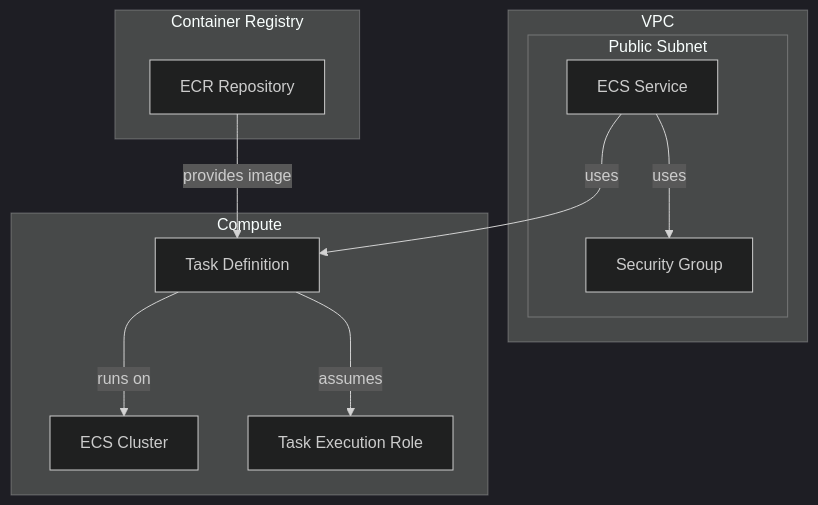
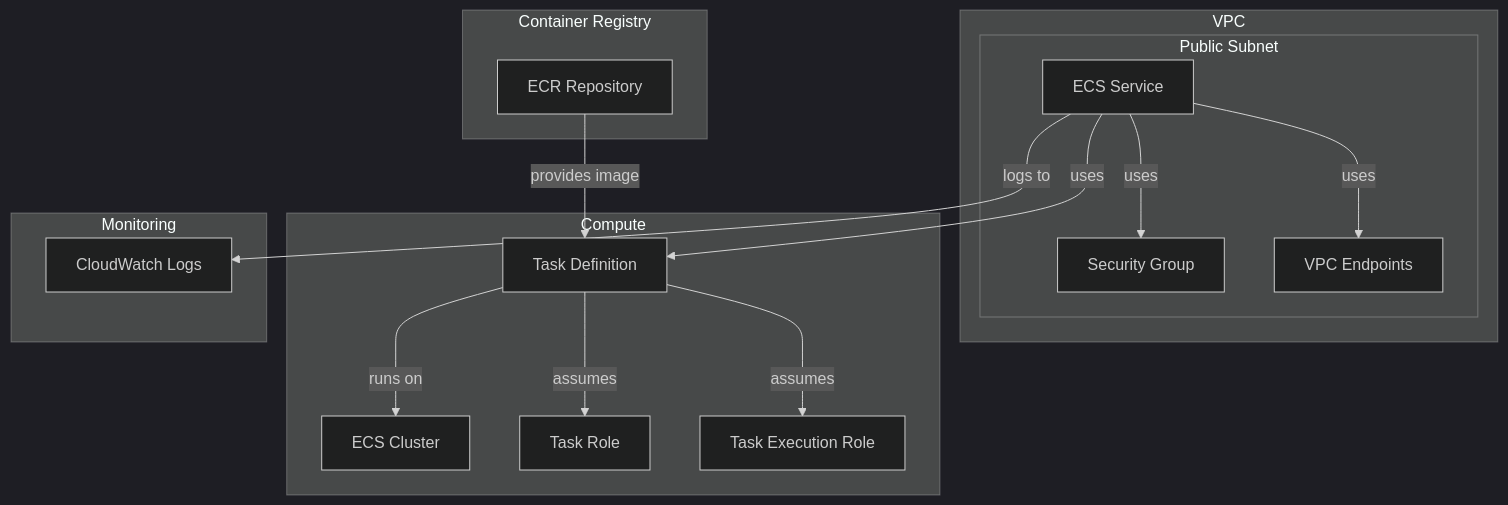
The diagram in README.md (takyafumin/sample-aws-ecs-deploy-by-github-actions), drawn with Mermaid (dark theme) before and after one commit. The commit also changed other lines of this file, not shown here.

````diff
--- a/README.md
+++ b/README.md
@@ -23,25 +23,34 @@
 ```mermaid
 graph TB
     subgraph VPC
         subgraph "Public Subnet"
             ECS[ECS Service]
             SG[Security Group]
+            VPCEndpoints[VPC Endpoints]
             ECS -->|uses| SG
+            ECS -->|uses| VPCEndpoints
         end
     end
 
     subgraph "Container Registry"
         ECR[ECR Repository]
     end
 
     subgraph "Compute"
         ECS_CLUSTER[ECS Cluster]
         TASK_DEF[Task Definition]
-        TASK_ROLE[Task Execution Role]
+        TASK_ROLE[Task Role]
+        EXECUTION_ROLE[Task Execution Role]
+    end
+
+    subgraph "Monitoring"
+        CW_LOGS[CloudWatch Logs]
     end
 
     ECR -->|provides image| TASK_DEF
     TASK_DEF -->|runs on| ECS_CLUSTER
     ECS -->|uses| TASK_DEF
     TASK_DEF -->|assumes| TASK_ROLE
+    TASK_DEF -->|assumes| EXECUTION_ROLE
+    ECS -->|logs to| CW_LOGS
 ```
````
